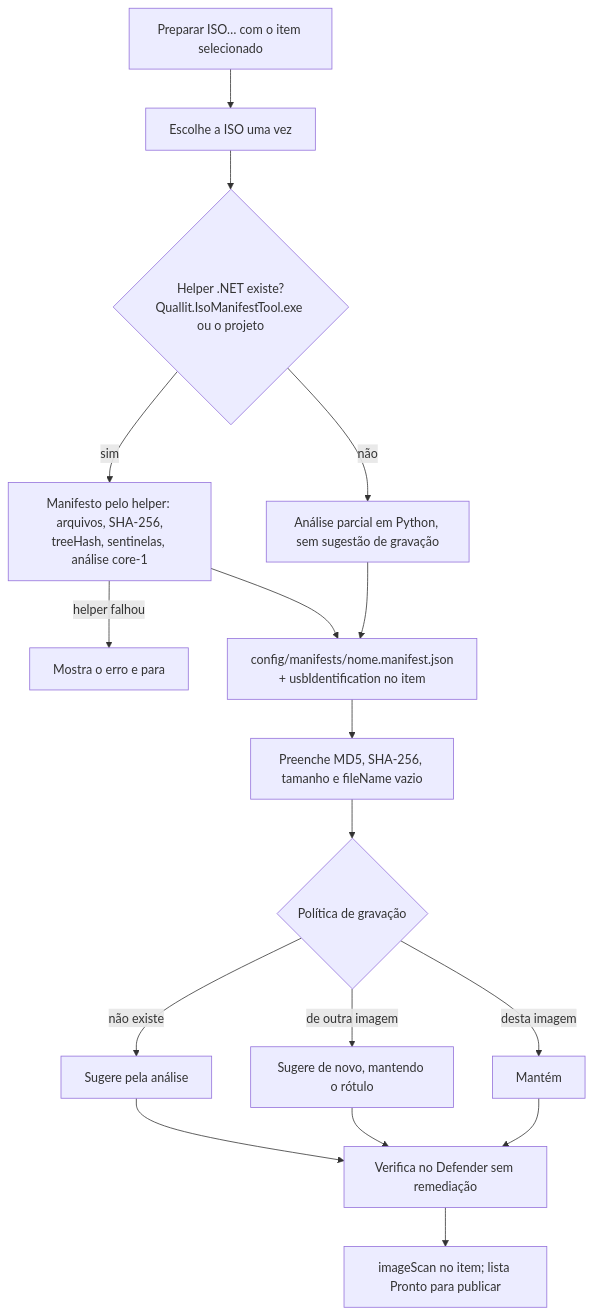
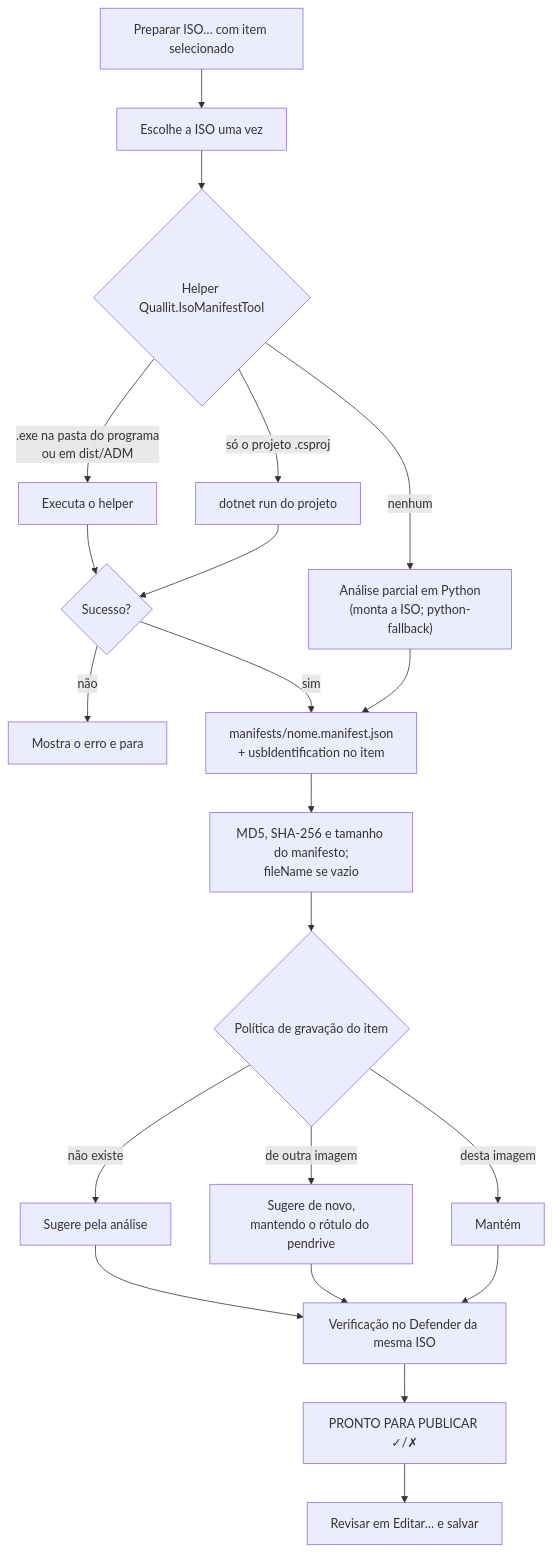
The fifth of 11 diagrams in docs/FLUXOS_GUI_ADM.md (MarceloSobral-Quallit/Q-DISK), drawn with Mermaid before and after one commit. The commit also changed other lines of this file and 1 other file, not shown here.

Commit message:
docs: GUI_ADM e fluxos do administrador conforme o código

````diff
--- a/docs/FLUXOS_GUI_ADM.md
+++ b/docs/FLUXOS_GUI_ADM.md
@@ -51,16 +107,20 @@
 ```mermaid
 flowchart TD
-    A[Preparar ISO… com o item selecionado] --> B[Escolhe a ISO uma vez]
-    B --> C{Helper .NET existe?<br/>Quallit.IsoManifestTool.exe ou o projeto}
-    C -- sim --> D[Manifesto pelo helper: arquivos, SHA-256,<br/>treeHash, sentinelas, análise core-1]
-    C -- não --> E[Análise parcial em Python, sem sugestão de gravação]
-    D -- helper falhou --> X[Mostra o erro e para]
-    D & E --> F[config/manifests/nome.manifest.json<br/>+ usbIdentification no item]
-    F --> G[Preenche MD5, SHA-256, tamanho e fileName vazio]
-    G --> H{Política de gravação}
+    A["Preparar ISO… com item selecionado"] --> B[Escolhe a ISO uma vez]
+    B --> C{Helper Quallit.IsoManifestTool}
+    C -- ".exe na pasta do programa<br/>ou em dist/ADM" --> D[Executa o helper]
+    C -- "só o projeto .csproj" --> D2[dotnet run do projeto]
+    C -- nenhum --> E["Análise parcial em Python<br/>(monta a ISO; python-fallback)"]
+    D & D2 --> OK{Sucesso?}
+    OK -- não --> X[Mostra o erro e para]
+    OK -- sim --> F
+    E --> F["manifests/nome.manifest.json<br/>+ usbIdentification no item"]
+    F --> G["MD5, SHA-256 e tamanho do manifesto;<br/>fileName se vazio"]
+    G --> H{Política de gravação do item}
     H -- não existe --> I[Sugere pela análise]
-    H -- de outra imagem --> J[Sugere de novo, mantendo o rótulo]
+    H -- de outra imagem --> J[Sugere de novo,<br/>mantendo o rótulo do pendrive]
     H -- desta imagem --> K[Mantém]
-    I & J & K --> L[Verifica no Defender sem remediação]
-    L --> M[imageScan no item; lista Pronto para publicar]
+    I & J & K --> L[Verificação no Defender da mesma ISO]
+    L --> M["PRONTO PARA PUBLICAR ✓/✗"]
+    M --> N["Revisar em Editar… e salvar"]
 ```
````
